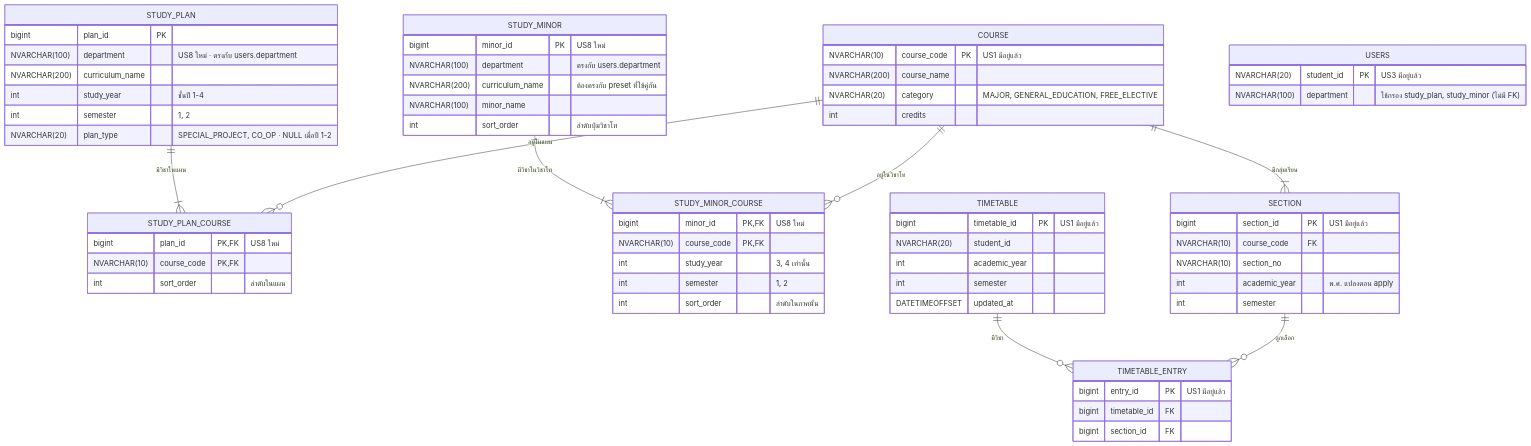
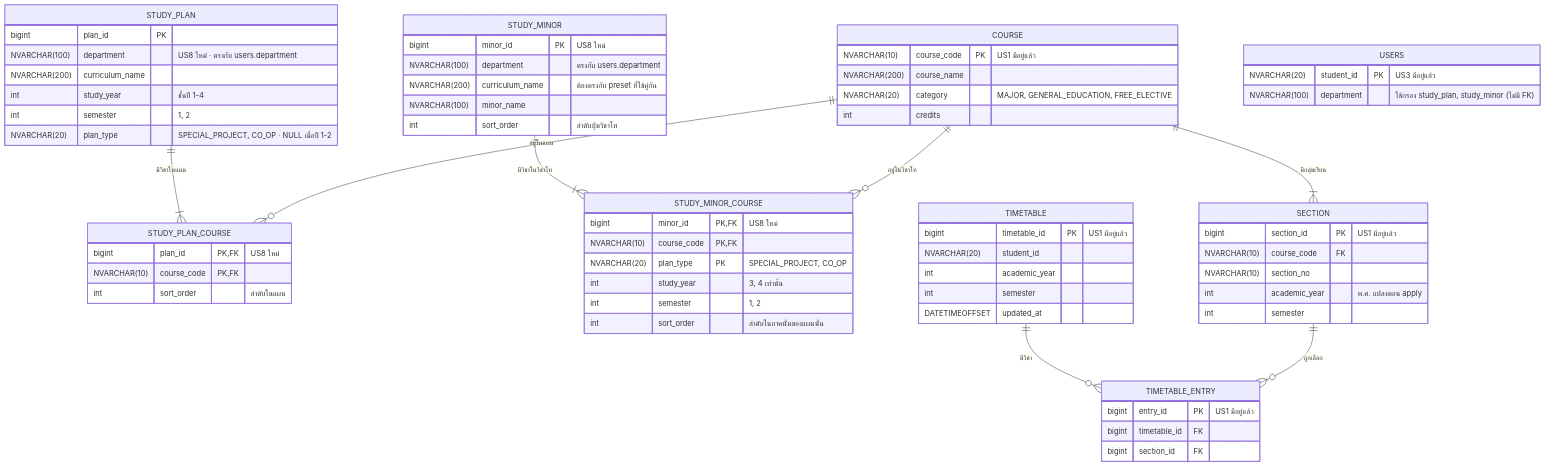
The diagram in .doc/US8/T06/US8-T06-ER-Diagram.md (Non-Sin/CS261-G3-MockTimetableTU), drawn with Mermaid before and after one commit. The commit also changed other lines of this file and 16 other files, not shown here.

````diff
--- a/.doc/US8/T06/US8-T06-ER-Diagram.md
+++ b/.doc/US8/T06/US8-T06-ER-Diagram.md
@@ -7,67 +7,68 @@
 ```mermaid
 erDiagram
     STUDY_PLAN ||--|{ STUDY_PLAN_COURSE : "มีวิชาในแผน"
     COURSE ||--o{ STUDY_PLAN_COURSE : "อยู่ในแผน"
     STUDY_MINOR ||--|{ STUDY_MINOR_COURSE : "มีวิชาในวิชาโท"
     COURSE ||--o{ STUDY_MINOR_COURSE : "อยู่ในวิชาโท"
     COURSE ||--|{ SECTION : "มีกลุ่มเรียน"
     TIMETABLE ||--o{ TIMETABLE_ENTRY : "มีวิชา"
     SECTION ||--o{ TIMETABLE_ENTRY : "ถูกเลือก"
 
     STUDY_PLAN {
         bigint plan_id PK
         NVARCHAR(100) department "US8 ใหม่ · ตรงกับ users.department"
         NVARCHAR(200) curriculum_name
         int study_year "ชั้นปี 1-4"
         int semester "1, 2"
         NVARCHAR(20) plan_type "SPECIAL_PROJECT, CO_OP · NULL เมื่อปี 1-2"
     }
     STUDY_PLAN_COURSE {
         bigint plan_id PK, FK "US8 ใหม่"
         NVARCHAR(10) course_code PK, FK
         int sort_order "ลำดับในแผน"
     }
     STUDY_MINOR {
         bigint minor_id PK "US8 ใหม่"
         NVARCHAR(100) department "ตรงกับ users.department"
         NVARCHAR(200) curriculum_name "ต้องตรงกับ preset ที่ใช้คู่กัน"
         NVARCHAR(100) minor_name
         int sort_order "ลำดับปุ่มวิชาโท"
     }
     STUDY_MINOR_COURSE {
         bigint minor_id PK, FK "US8 ใหม่"
         NVARCHAR(10) course_code PK, FK
+        NVARCHAR(20) plan_type PK "SPECIAL_PROJECT, CO_OP"
         int study_year "3, 4 เท่านั้น"
         int semester "1, 2"
-        int sort_order "ลำดับในภาคนั้น"
+        int sort_order "ลำดับในภาคนั้นของแผนนั้น"
     }
     USERS {
         NVARCHAR(20) student_id PK "US3 มีอยู่แล้ว"
         NVARCHAR(100) department "ใช้กรอง study_plan, study_minor (ไม่มี FK)"
     }
     COURSE {
         NVARCHAR(10) course_code PK "US1 มีอยู่แล้ว"
         NVARCHAR(200) course_name
         NVARCHAR(20) category "MAJOR, GENERAL_EDUCATION, FREE_ELECTIVE"
         int credits
     }
     SECTION {
         bigint section_id PK "US1 มีอยู่แล้ว"
         NVARCHAR(10) course_code FK
         NVARCHAR(10) section_no
         int academic_year "พ.ศ. แปลงตอน apply"
         int semester
     }
     TIMETABLE {
         bigint timetable_id PK "US1 มีอยู่แล้ว"
         NVARCHAR(20) student_id
         int academic_year
         int semester
         DATETIMEOFFSET updated_at
     }
     TIMETABLE_ENTRY {
         bigint entry_id PK "US1 มีอยู่แล้ว"
         bigint timetable_id FK
         bigint section_id FK
     }
 ```
````
